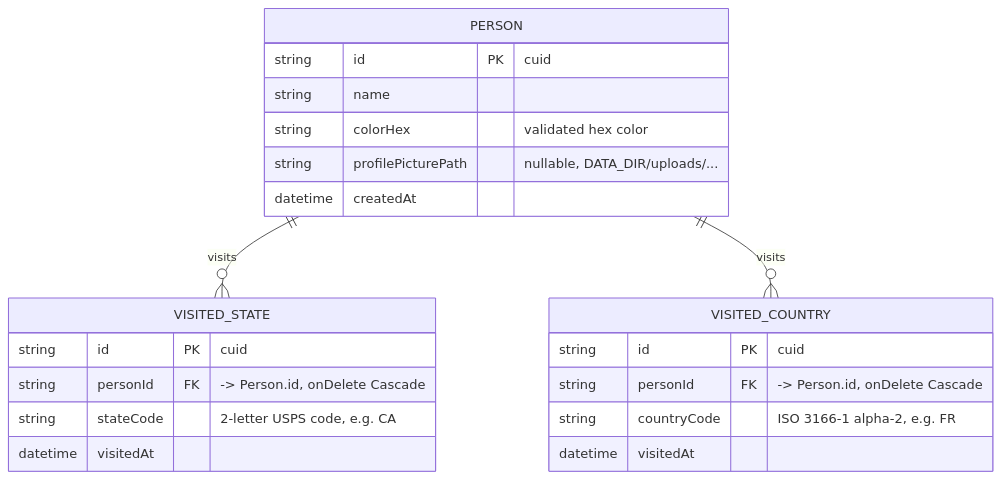
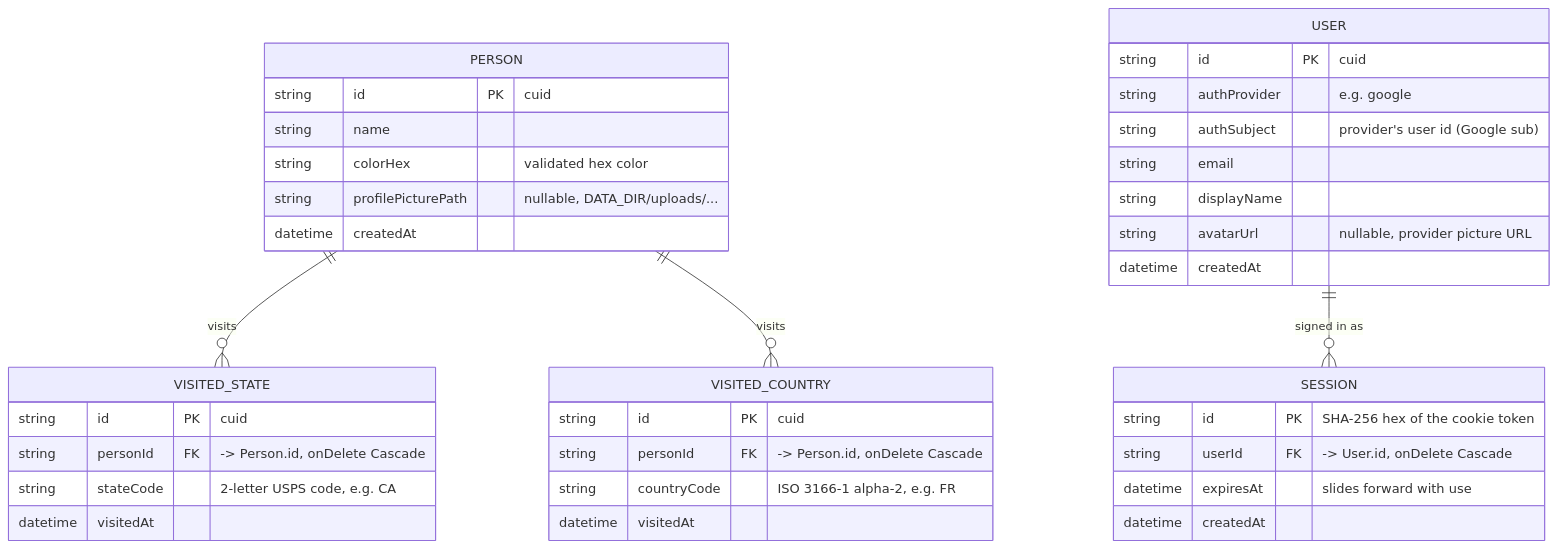
Before and after one commit to BobbyJoeCool/FamilyPassportMap: the diagram in Documentation/diagrams/ERD.mmd, drawn with Mermaid. The commit also changed 29 other files, not shown here.

First line of the commit message:
Require Google sign-in: sessions, sign-in gate and account menu (#4)

```diff
--- a/Documentation/diagrams/ERD.mmd
+++ b/Documentation/diagrams/ERD.mmd
@@ -1,38 +1,59 @@
 %% FamilyPassportMap — Master Entity-Relationship Diagram
 %% This is the single source of truth for the database schema. It must always match
 %% apps/server/prisma/schema.prisma exactly — see CLAUDE.md's "Diagram Sync Requirements".
-%% Implemented as of Phase 8 (migrations 20260812220505_add_person_and_visited_state,
-%% 20260916173026_add_visited_country).
+%% Implemented as of Phase 12 ticket #4 (migrations 20260812220505_add_person_and_visited_state,
+%% 20260916173026_add_visited_country, 20261019212746_add_user_and_session).
+%% USER is not yet related to PERSON — ownership (Person.ownerId) arrives with Phase 12 ticket #5.
 
 erDiagram
     PERSON ||--o{ VISITED_STATE : "visits"
     PERSON ||--o{ VISITED_COUNTRY : "visits"
+    USER ||--o{ SESSION : "signed in as"
 
     PERSON {
         string id PK "cuid"
         string name
         string colorHex "validated hex color"
         string profilePicturePath "nullable, DATA_DIR/uploads/..."
         datetime createdAt
     }
 
     VISITED_STATE {
         string id PK "cuid"
         string personId FK "-> Person.id, onDelete Cascade"
         string stateCode "2-letter USPS code, e.g. CA"
         datetime visitedAt
     }
 
     VISITED_COUNTRY {
         string id PK "cuid"
         string personId FK "-> Person.id, onDelete Cascade"
         string countryCode "ISO 3166-1 alpha-2, e.g. FR"
         datetime visitedAt
     }
 
+    USER {
+        string id PK "cuid"
+        string authProvider "e.g. google"
+        string authSubject "provider's user id (Google sub)"
+        string email
+        string displayName
+        string avatarUrl "nullable, provider picture URL"
+        datetime createdAt
+    }
+
+    SESSION {
+        string id PK "SHA-256 hex of the cookie token"
+        string userId FK "-> User.id, onDelete Cascade"
+        datetime expiresAt "slides forward with use"
+        datetime createdAt
+    }
+
+    %% USER (authProvider, authSubject) is unique — one User per provider identity.
+    %% Deleting a User cascade-deletes their Sessions.
     %% Unique constraints: VISITED_STATE (personId, stateCode) and
     %% VISITED_COUNTRY (personId, countryCode) — a person can only have one row per
     %% state, and one row per country.
     %% Deleting a Person cascade-deletes both their VisitedState and VisitedCountry rows.
     %% VISITED_STATE and VISITED_COUNTRY are fully independent — no relation between them,
     %% and marking the US as a visited country has no link to any visited states.
```
